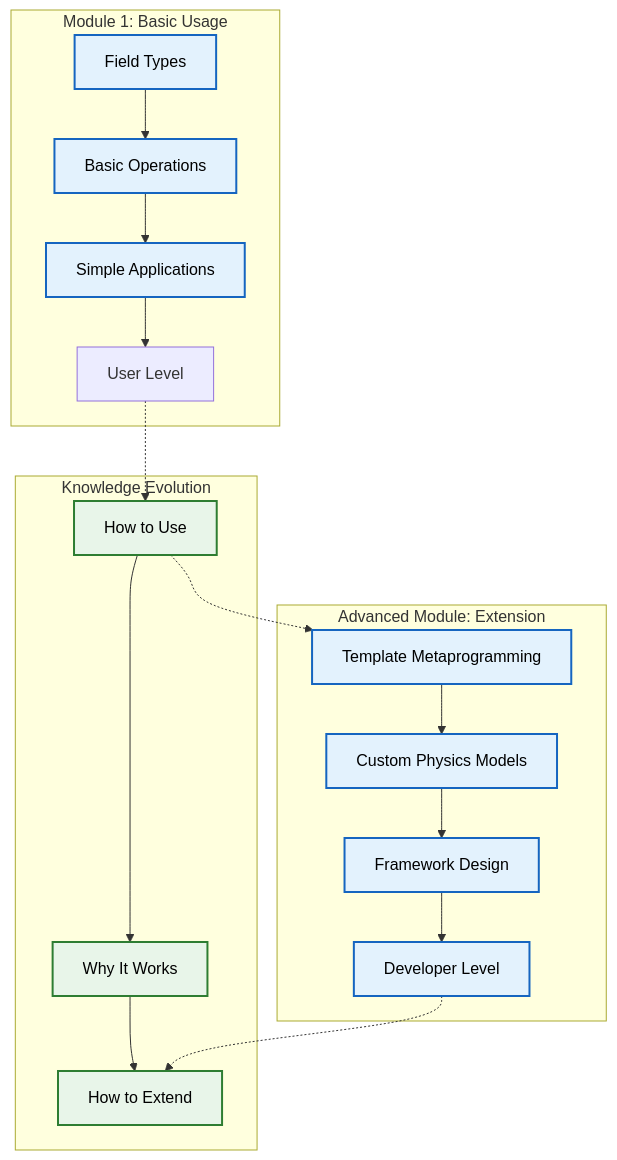
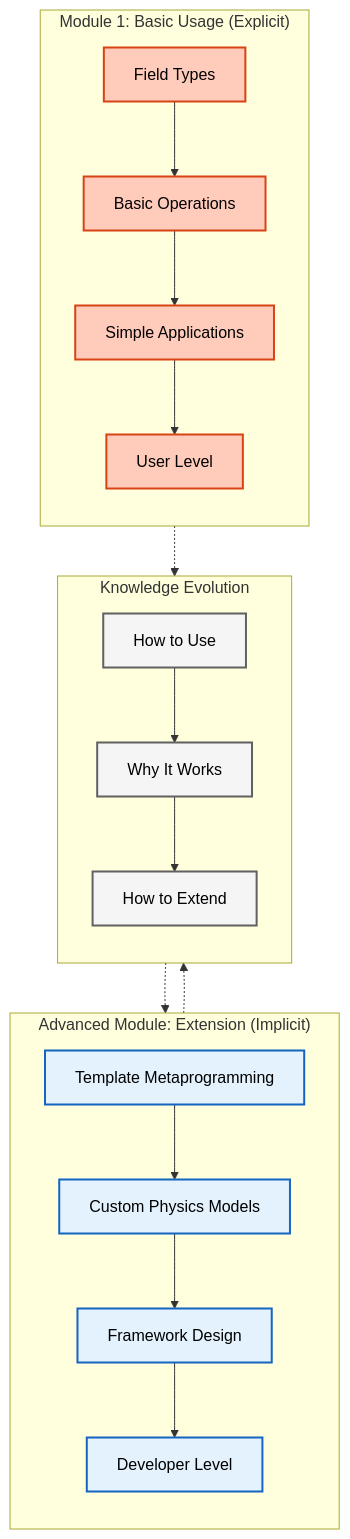
One commit to wramet/build-my-cfd changed the second of 3 diagrams in MODULE_05_OPENFOAM_PROGRAMMING/CONTENT/02_DIMENSIONED_TYPES/01_Introduction.md. Above: the diagram before and after it, drawn with Mermaid. The commit also changed other lines of this file and 313 other files, not shown here.

Commit message:
Revise all diagram

````diff
--- a/MODULE_05_OPENFOAM_PROGRAMMING/CONTENT/02_DIMENSIONED_TYPES/01_Introduction.md
+++ b/MODULE_05_OPENFOAM_PROGRAMMING/CONTENT/02_DIMENSIONED_TYPES/01_Introduction.md
@@ -87,30 +92,26 @@
 ```mermaid
 flowchart TD
-    subgraph "Module 1: Basic Usage"
-        A["Field Types"] --> B["Basic Operations"]
-        B --> C["Simple Applications"]
-        C --> D["User Level"]
-    end
-
-    subgraph "Advanced Module: Extension"
-        E["Template Metaprogramming"] --> F["Custom Physics Models"]
-        F --> G["Framework Design"]
-        G --> H["Developer Level"]
-    end
-
-    subgraph "Knowledge Evolution"
-        I["How to Use"] --> J["Why It Works"]
-        J --> K["How to Extend"]
-    end
-
-    D -.-> I
-    I -.-> E
-    H -.-> K
-
-    classDef process fill:#e3f2fd,stroke:#1565c0,stroke-width:2px,color:#000;
-    classDef decision fill:#fff9c4,stroke:#fbc02d,stroke-width:2px,color:#000;
-    classDef terminator fill:#ffebee,stroke:#c62828,stroke-width:2px,color:#000;
-    classDef storage fill:#e8f5e9,stroke:#2e7d32,stroke-width:2px,color:#000;
-    class A,B,C,E,F,G,H process;
-    class I,J,K storage;
+classDef explicit fill:#ffccbc,stroke:#d84315,stroke-width:2px,color:#000
+classDef implicit fill:#e3f2fd,stroke:#1565c0,stroke-width:2px,color:#000
+classDef context fill:#f5f5f5,stroke:#616161,stroke-width:2px,color:#000
+subgraph UserSpace["Module 1: Basic Usage (Explicit)"]
+    direction TB
+    A["Field Types"]:::explicit --> B["Basic Operations"]:::explicit
+    B --> C["Simple Applications"]:::explicit
+    C --> D["User Level"]:::explicit
+end
+subgraph DevSpace["Advanced Module: Extension (Implicit)"]
+    direction TB
+    E["Template Metaprogramming"]:::implicit --> F["Custom Physics Models"]:::implicit
+    F --> G["Framework Design"]:::implicit
+    G --> H["Developer Level"]:::implicit
+end
+subgraph Bridges["Knowledge Evolution"]
+    direction TB
+    I["How to Use"]:::context --> J["Why It Works"]:::context
+    J --> K["How to Extend"]:::context
+end
+D -.-> I
+I -.-> E
+H -.-> K
 ```
````
